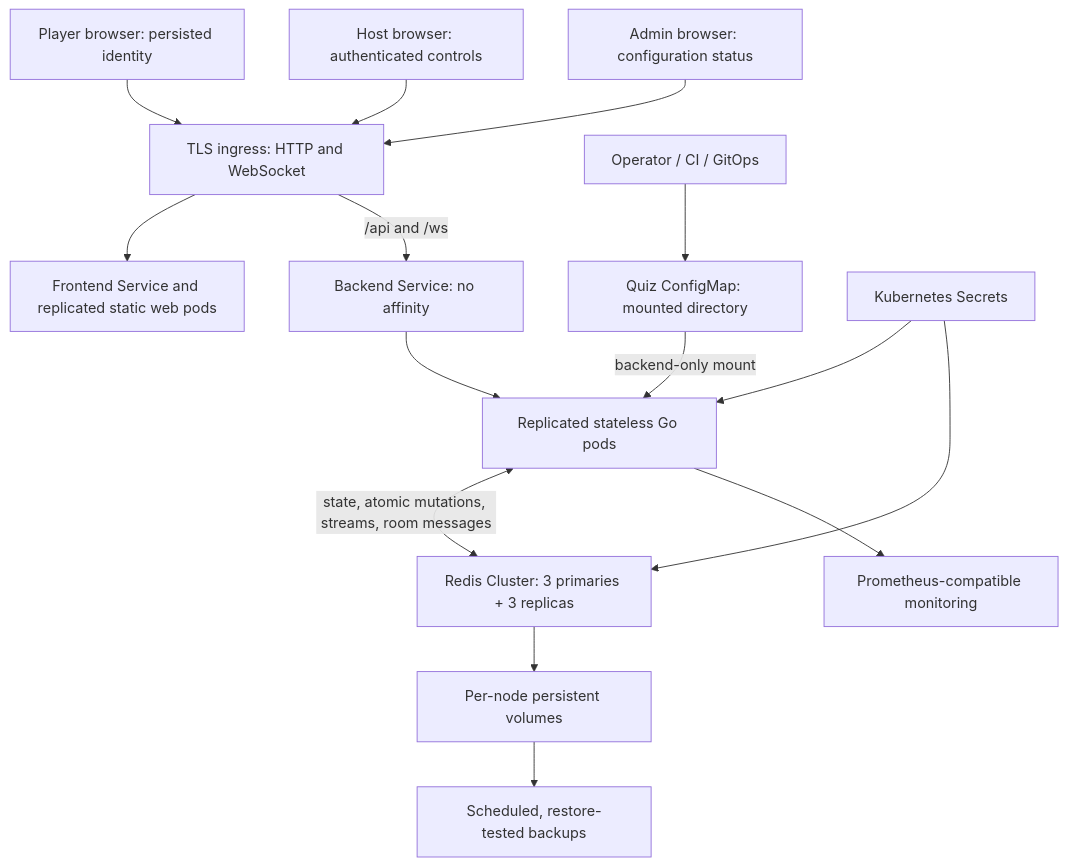
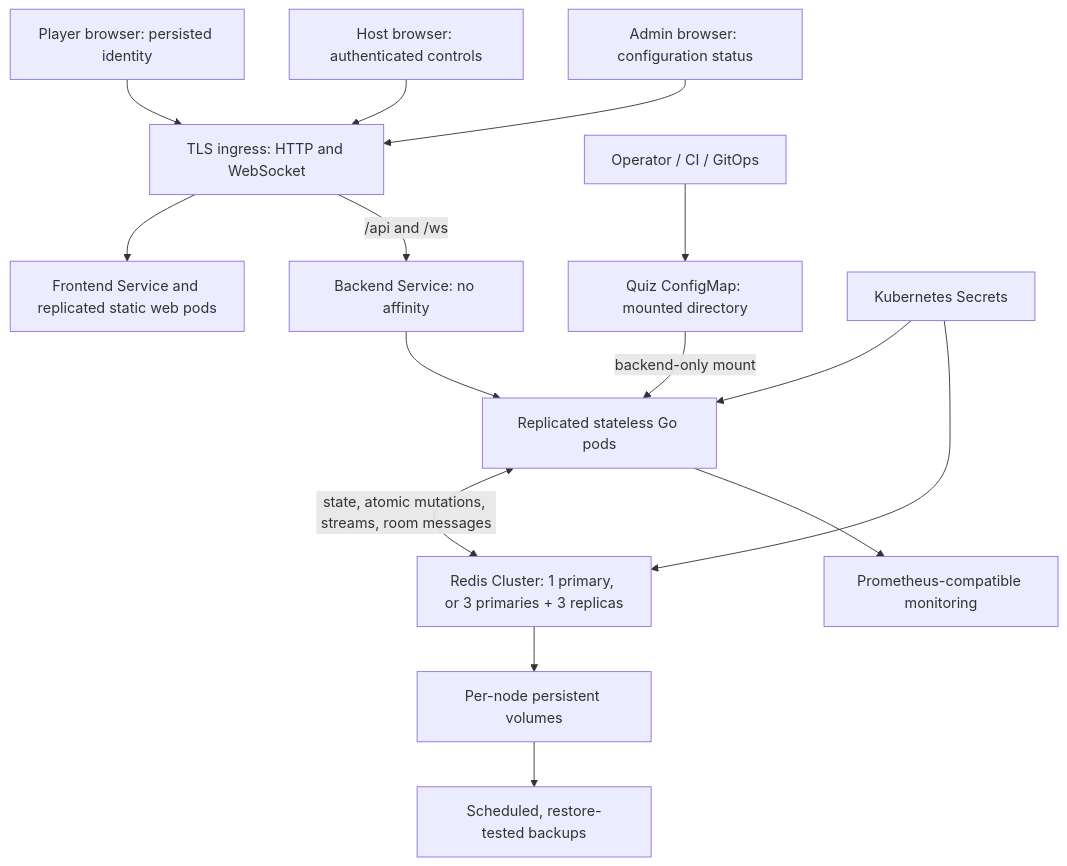
One commit to isaru66/go-realtime-quiz changed the diagram in docs/architecture.md. Above: the diagram before and after it, drawn with Mermaid. The commit also changed other lines of this file and 14 other files, not shown here.

````diff
--- a/docs/architecture.md
+++ b/docs/architecture.md
@@ -23,32 +23,32 @@
 ```mermaid
 flowchart TB
     Player["Player browser: persisted identity"]
     Host["Host browser: authenticated controls"]
     Admin["Admin browser: configuration status"]
     Edge["TLS ingress: HTTP and WebSocket"]
     UI["Frontend Service and replicated static web pods"]
     API["Backend Service: no affinity"]
     Pods["Replicated stateless Go pods"]
     Config["Quiz ConfigMap: mounted directory"]
     Secret["Kubernetes Secrets"]
-    Redis["Redis Cluster: 3 primaries + 3 replicas"]
+    Redis["Redis Cluster: 1 primary, or 3 primaries + 3 replicas"]
     Storage["Per-node persistent volumes"]
     Backup["Scheduled, restore-tested backups"]
     Metrics["Prometheus-compatible monitoring"]
     GitOps["Operator / CI / GitOps"]
 
     Player --> Edge
     Host --> Edge
     Admin --> Edge
     Edge --> UI
     Edge -->|"/api and /ws"| API
     API --> Pods
     GitOps --> Config
     Config -->|"backend-only mount"| Pods
     Secret --> Pods
     Secret --> Redis
     Pods <-->|"state, atomic mutations, streams, room messages"| Redis
     Redis --> Storage
     Storage --> Backup
     Pods --> Metrics
 ```
````
